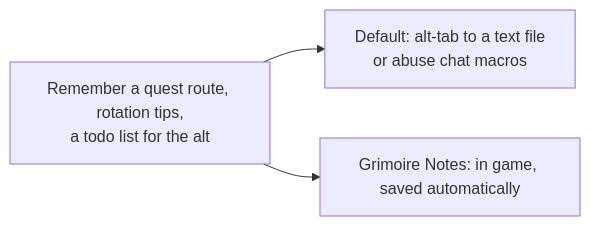
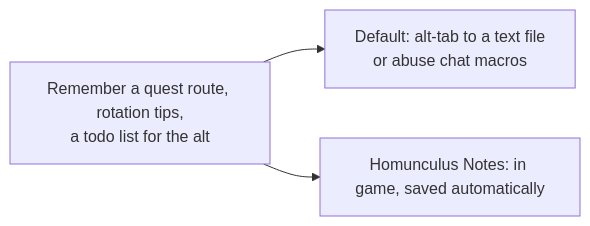
One commit to PhillypHenning/grimoire changed the first of 2 diagrams in docs/features/notes/README.md. Above: the diagram before and after it, drawn with Mermaid. The commit also changed other lines of this file and 178 other files, not shown here.

First line of the commit message:
Rename the suite from Grimoire to Homunculus (ADR 0010)

````diff
--- a/docs/features/notes/README.md
+++ b/docs/features/notes/README.md
@@ -14,5 +14,5 @@
 ```mermaid
 flowchart LR
     Q["Remember a quest route, rotation tips,<br/>a todo list for the alt"] --> D["Default: alt-tab to a text file<br/>or abuse chat macros"]
-    Q --> G["Grimoire Notes: in game, saved automatically"]
+    Q --> G["Homunculus Notes: in game, saved automatically"]
 ```
````
